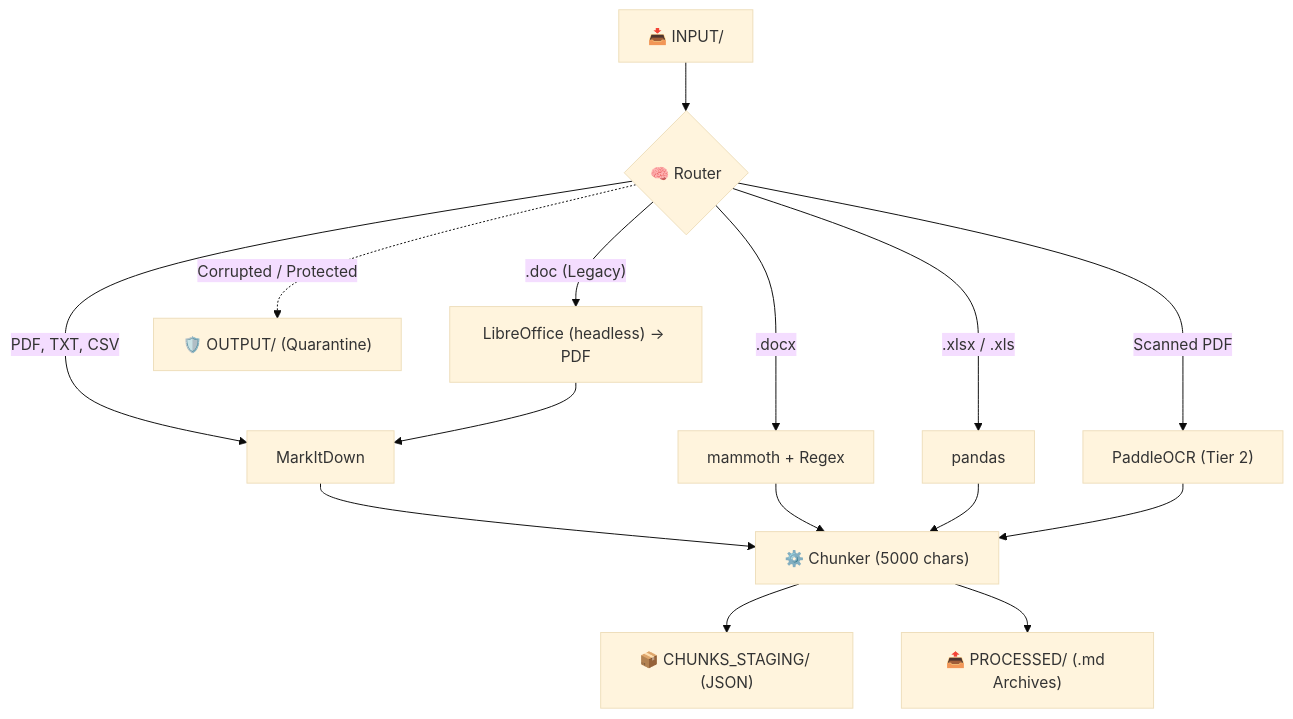
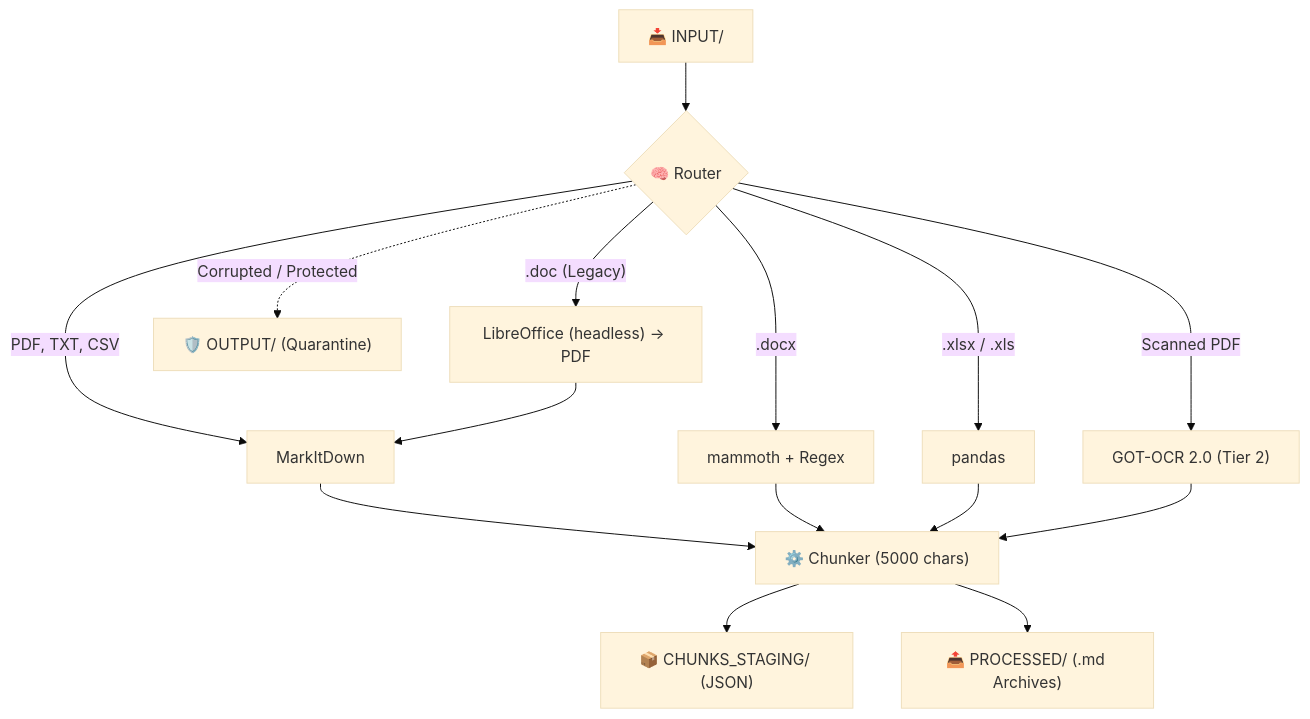
One commit to Falmer-128/smart-db changed the first of 2 diagrams in README.md. Above: the diagram before and after it, drawn with Mermaid (base theme). The commit also changed other lines of this file and 19 other files, not shown here.

````diff
--- a/README.md
+++ b/README.md
@@ -106,21 +106,21 @@
 ```mermaid
 graph TD
     A["📥 INPUT/"] --> B{"🧠 Router"}
     
     B -->|"PDF, TXT, CSV"| C["MarkItDown"]
     B -->|".docx"| E["mammoth + Regex"]
     B -->|".xlsx / .xls"| F["pandas"]
     B -->|".doc (Legacy)"| L["LibreOffice (headless) → PDF"]
     L --> C
-    B -->|"Scanned PDF"| G["PaddleOCR (Tier 2)"]
+    B -->|"Scanned PDF"| G["GOT-OCR 2.0 (Tier 2)"]
     
     C --> I["⚙️ Chunker (5000 chars)"]
     E --> I
     F --> I
     G --> I
     
     I --> J["📦 CHUNKS_STAGING/ (JSON)"]
     I --> K["📤 PROCESSED/ (.md Archives)"]
     
     B -.->|"Corrupted / Protected"| O["🛡️ OUTPUT/ (Quarantine)"]
 ```
````
